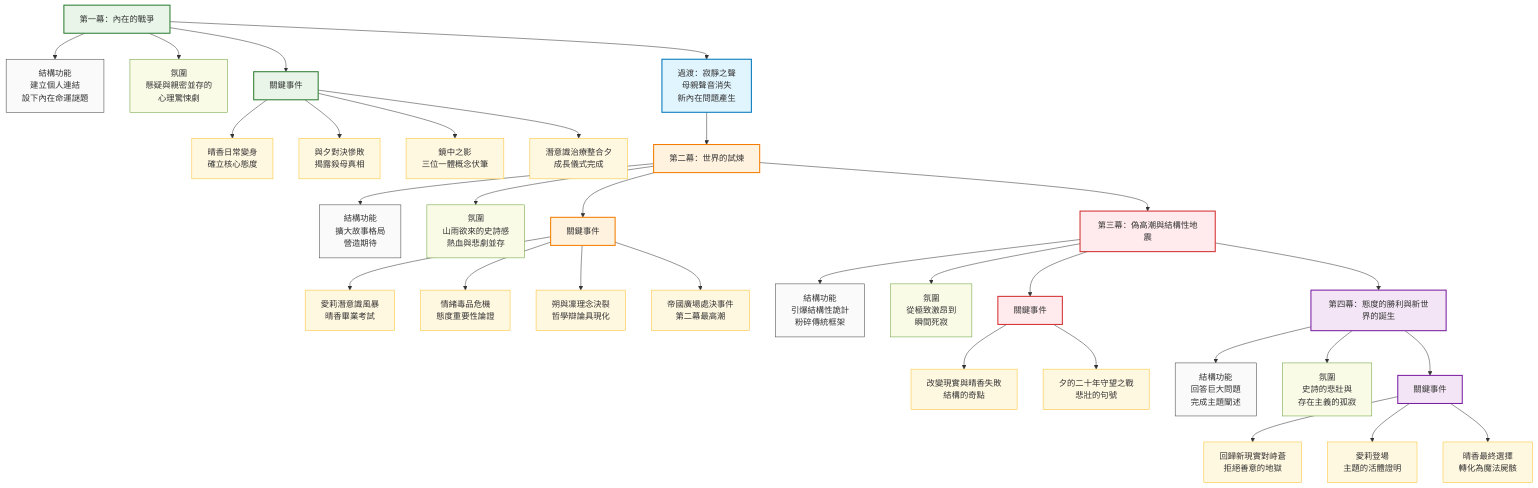
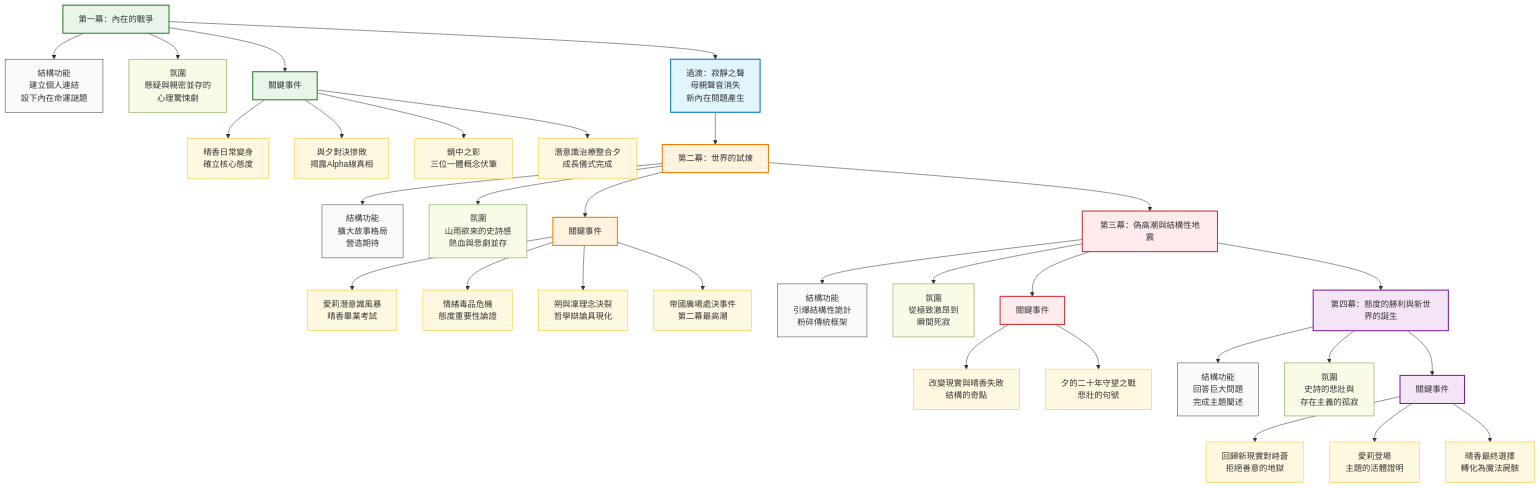
Before and after one commit to gsm041039/ProjectHarukaDocument: the fifth of 13 diagrams in 圖表.md, drawn with Mermaid. The commit also changed other lines of this file and 12 other files, not shown here.

````diff
--- a/圖表.md
+++ b/圖表.md
@@ -236,60 +236,60 @@
 ```mermaid
 graph TD
     %% 第一幕
     A[第一幕：內在的戰爭] --> A1[結構功能<br/>建立個人連結<br/>設下內在命運謎題]
     A --> A2[氛圍<br/>懸疑與親密並存的<br/>心理驚悚劇]
     A --> A3[關鍵事件]
     A3 --> A3a[晴香日常變身<br/>確立核心態度]
-    A3 --> A3b[與夕對決慘敗<br/>揭露殺母真相]
+    A3 --> A3b[與夕對決慘敗<br/>揭露Alpha線真相]
     A3 --> A3c[鏡中之影<br/>三位一體概念伏筆]
     A3 --> A3d[潛意識治療整合夕<br/>成長儀式完成]
     
     %% 過渡
     A --> T1[過渡：寂靜之聲<br/>母親聲音消失<br/>新內在問題產生]
     
     %% 第二幕
     T1 --> B[第二幕：世界的試煉]
     B --> B1[結構功能<br/>擴大故事格局<br/>營造期待]
     B --> B2[氛圍<br/>山雨欲來的史詩感<br/>熱血與悲劇並存]
     B --> B3[關鍵事件]
     B3 --> B3a[愛莉潛意識風暴<br/>晴香畢業考試]
     B3 --> B3b[情緒毒品危機<br/>態度重要性論證]
     B3 --> B3c[朔與凜理念決裂<br/>哲學辯論具現化]
     B3 --> B3d[帝國廣場處決事件<br/>第二幕最高潮]
     
     %% 第三幕
     B --> C[第三幕：偽高潮與結構性地震]
     C --> C1[結構功能<br/>引爆結構性詭計<br/>粉碎傳統框架]
     C --> C2[氛圍<br/>從極致激昂到<br/>瞬間死寂]
     C --> C3[關鍵事件]
     C3 --> C3a[改變現實與晴香失敗<br/>結構的奇點]
     C3 --> C3b[夕的二十年守望之戰<br/>悲壯的句號]
     
     %% 第四幕
     C --> D[第四幕：態度的勝利與新世界的誕生]
     D --> D1[結構功能<br/>回答巨大問題<br/>完成主題闡述]
     D --> D2[氛圍<br/>史詩的悲壯與<br/>存在主義的孤寂]
     D --> D3[關鍵事件]
     D3 --> D3a[回歸新現實對峙蒼<br/>拒絕善意的地獄]
     D3 --> D3b[愛莉登場<br/>主題的活體證明]
     D3 --> D3c[晴香最終選擇<br/>轉化為魔法屍骸]
     
     %% 樣式定義
     classDef act1 fill:#e8f5e8,stroke:#2e7d32,stroke-width:2px
     classDef act2 fill:#fff3e0,stroke:#f57c00,stroke-width:2px
     classDef act3 fill:#ffebee,stroke:#d32f2f,stroke-width:2px
     classDef act4 fill:#f3e5f5,stroke:#7b1fa2,stroke-width:2px
     classDef transition fill:#e1f5fe,stroke:#0277bd,stroke-width:2px
     classDef function fill:#fafafa,stroke:#424242,stroke-width:1px
     classDef atmosphere fill:#f9fbe7,stroke:#689f38,stroke-width:1px
     classDef event fill:#fff8e1,stroke:#fbc02d,stroke-width:1px
     
     class A,A1,A2,A3,A3a,A3b,A3c,A3d act1
     class B,B1,B2,B3,B3a,B3b,B3c,B3d act2
     class C,C1,C2,C3,C3a,C3b act3
     class D,D1,D2,D3,D3a,D3b,D3c act4
     class T1 transition
     class A1,B1,C1,D1 function
     class A2,B2,C2,D2 atmosphere
     class A3a,A3b,A3c,A3d,B3a,B3b,B3c,B3d,C3a,C3b,D3a,D3b,D3c event
 ```
````
